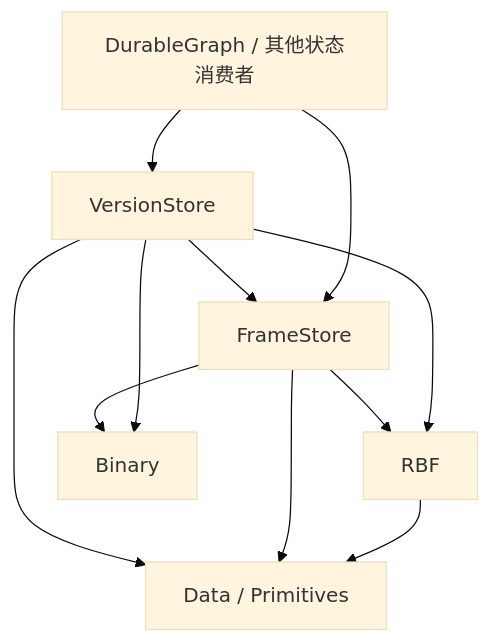
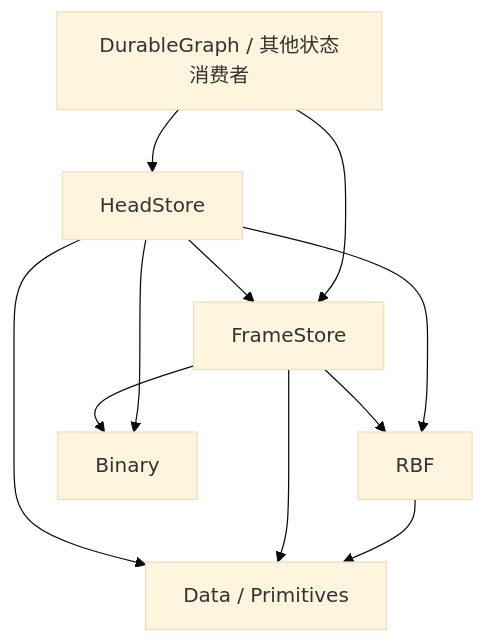
The diagram in docs/FrameStore-VersionStore/00-architecture-decisions.md (Atelia-org/atelia-storage), drawn with Mermaid (base theme) before and after one commit. The commit also changed other lines of this file and 397 other files, not shown here.

````diff
--- a/docs/FrameStore-VersionStore/00-architecture-decisions.md
+++ b/docs/FrameStore-VersionStore/00-architecture-decisions.md
@@ -182,13 +184,13 @@
 ```mermaid
 flowchart TD
-    App["DurableGraph / 其他状态消费者"] --> V["VersionStore"]
+    App["DurableGraph / 其他状态消费者"] --> V["HeadStore"]
     App --> F["FrameStore"]
     V --> F
     V --> R
     V --> B["Binary"]
     F --> B
     F --> R["RBF"]
     R --> D["Data / Primitives"]
     F --> D
     V --> D
 ```
````
